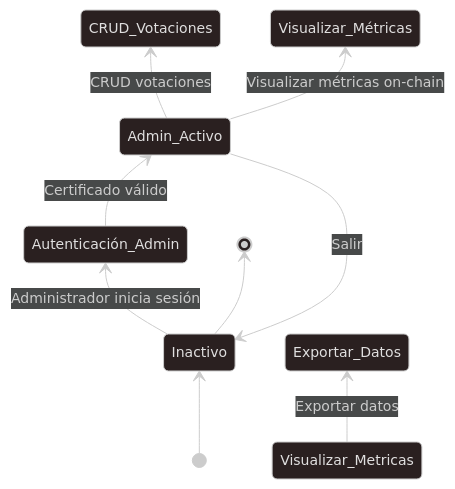
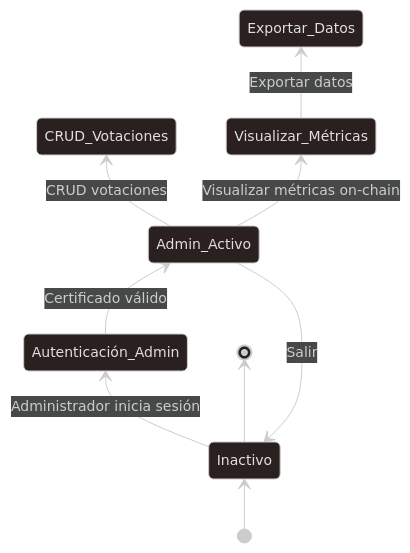
Before and after one commit to OnyxVariables/AGORA: the third of 3 diagrams in docs/Diagrama_Estado.md, drawn with Mermaid. The commit also changed other lines of this file and 1 other file, not shown here.

Commit message:
Updates orientation and some incorrect code from mermaid

````diff
--- a/docs/Diagrama_Estado.md
+++ b/docs/Diagrama_Estado.md
@@ -110,16 +110,16 @@
 ```mermaid
 ---
 config:
   theme: neo-dark
 ---
 stateDiagram
   direction BT
   [*] --> Inactivo
   Inactivo --> Autenticación_Admin:Administrador inicia sesión
   Autenticación_Admin --> Admin_Activo:Certificado válido
   Admin_Activo --> CRUD_Votaciones:CRUD votaciones
   Admin_Activo --> Visualizar_Métricas:Visualizar métricas on-chain
-  Visualizar_Metricas --> Exportar_Datos:Exportar datos
+  Visualizar_Métricas --> Exportar_Datos:Exportar datos
   Admin_Activo --> Inactivo:Salir
   Inactivo --> [*]
 ```
````
